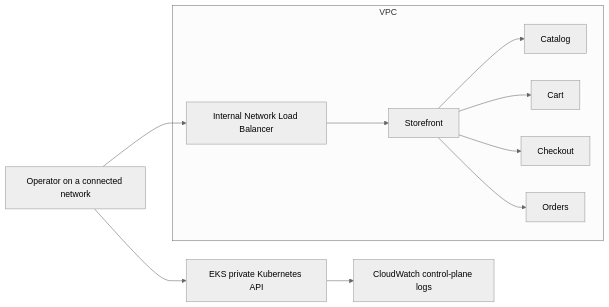
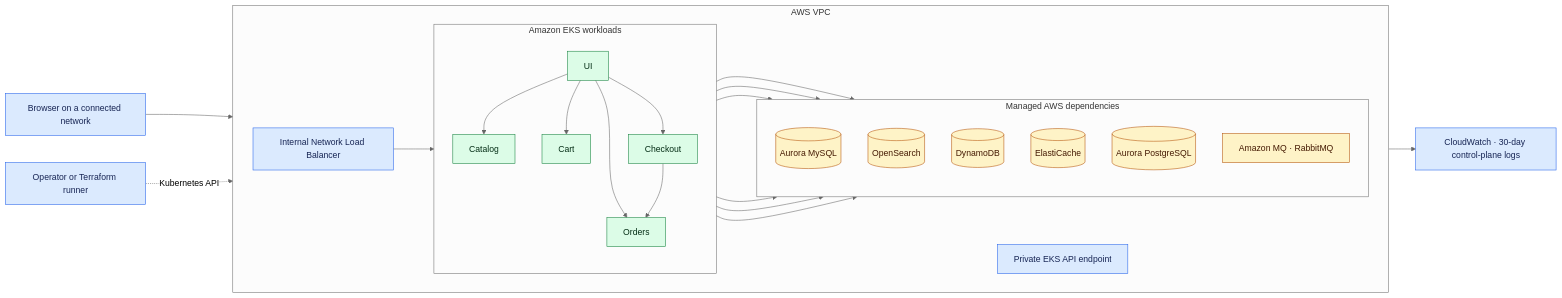
The first of 5 diagrams in README.md (Pradyut6/retail-eks-platform-app), drawn with Mermaid (neutral theme) before and after one commit. The commit also changed other lines of this file, not shown here.

Commit message:
Document EKS architecture and release lifecycle

````diff
--- a/README.md
+++ b/README.md
@@ -13,13 +14,44 @@
 ```mermaid
 flowchart LR
-    Operator["Operator on a connected network"] --> API["EKS private Kubernetes API"]
-    Operator --> NLB["Internal Network Load Balancer"]
-    subgraph VPC
-      NLB --> UI["Storefront"]
-      UI --> Catalog["Catalog"]
-      UI --> Cart["Cart"]
-      UI --> Checkout["Checkout"]
-      UI --> Orders["Orders"]
+    Shopper["Browser on a connected network"]
+    Operator["Operator or Terraform runner"]
+    Logs["CloudWatch · 30-day control-plane logs"]
+    subgraph VPC["AWS VPC"]
+        direction LR
+        NLB["Internal Network Load Balancer"]
+        API["Private EKS API endpoint"]
+        subgraph EKS["Amazon EKS workloads"]
+            direction TB
+            UI["UI"]
+            Catalog["Catalog"]
+            Cart["Cart"]
+            Checkout["Checkout"]
+            Orders["Orders"]
+            UI --> Catalog & Cart & Checkout & Orders
+            Checkout --> Orders
+        end
+        subgraph Data["Managed AWS dependencies"]
+            direction TB
+            MySQL[("Aurora MySQL")]
+            Search[("OpenSearch")]
+            DDB[("DynamoDB")]
+            Cache[("ElastiCache")]
+            Postgres[("Aurora PostgreSQL")]
+            MQ["Amazon MQ · RabbitMQ"]
+        end
+        NLB --> UI
+        Catalog --> MySQL & Search
+        Cart --> DDB
+        Checkout --> Cache
+        Orders --> Postgres & MQ
     end
-    API --> Logs["CloudWatch control-plane logs"]
+    Shopper --> NLB
+    Operator -. Kubernetes API .-> API
+    API --> Logs
+    classDef entry fill:#dbeafe,stroke:#2563eb,color:#172554
+    classDef workload fill:#dcfce7,stroke:#15803d,color:#052e16
+    classDef data fill:#fef3c7,stroke:#b45309,color:#451a03
+    class Shopper,Operator,NLB,API,Logs entry
+    class UI,Catalog,Cart,Checkout,Orders workload
+    class MySQL,Search,DDB,Cache,Postgres,MQ data
 ```
````
